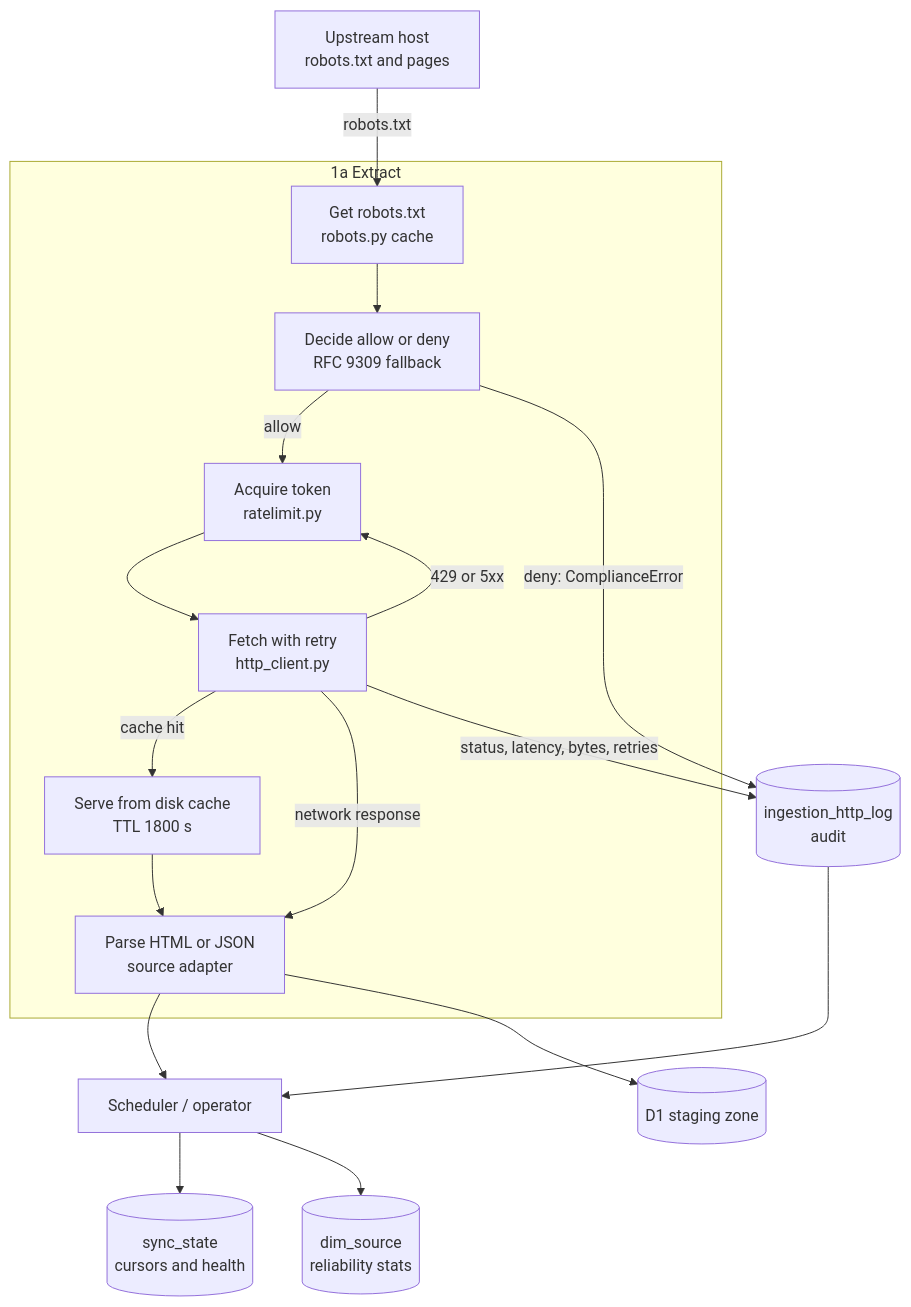
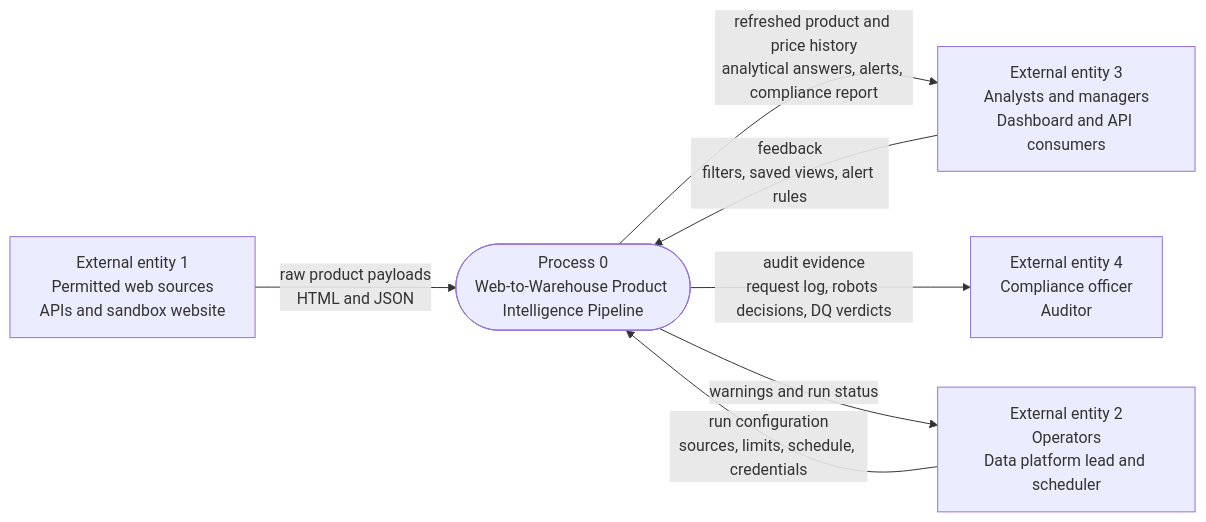
One commit to Ahmedbakr78/Web-to-Warehouse-Product-Intelligence-Pipeline changed the diagram in docs/diagrams/out/docs-10_data_flow_diagrams_34.mmd. Above: the diagram before and after it, drawn with Mermaid. The commit also changed 89 other files, not shown here.

First line of the commit message:
Regenerate diagrams and refresh site metadata

```diff
--- a/docs/diagrams/out/docs-10_data_flow_diagrams_34.mmd
+++ b/docs/diagrams/out/docs-10_data_flow_diagrams_34.mmd
@@ -1,34 +1,15 @@
 
-flowchart TB
-    WEB["Upstream host<br/>robots.txt and pages"]
-    SCH["Scheduler / operator"]
+flowchart LR
+    SRC["External entity 1<br/>Permitted web sources<br/>APIs and sandbox website"]
+    OPS["External entity 2<br/>Operators<br/>Data platform lead and scheduler"]
+    ANA["External entity 3<br/>Analysts and managers<br/>Dashboard and API consumers"]
+    CMP["External entity 4<br/>Compliance officer<br/>Auditor"]
 
-    subgraph P1A["1a Extract"]
-        A1["Get robots.txt<br/>robots.py cache"]
-        A2["Decide allow or deny<br/>RFC 9309 fallback"]
-        A3["Acquire token<br/>ratelimit.py"]
-        A4["Fetch with retry<br/>http_client.py"]
-        A5["Serve from disk cache<br/>TTL 1800 s"]
-        A6["Parse HTML or JSON<br/>source adapter"]
-    end
+    P0(["Process 0<br/>Web-to-Warehouse Product Intelligence Pipeline"])
 
-    AUD[("ingestion_http_log<br/>audit")]
-    SYNC[("sync_state<br/>cursors and health")]
-    DIMS[("dim_source<br/>reliability stats")]
-    RAW[("D1 staging zone")]
-
-    WEB -->|"robots.txt"| A1
-    A1 --> A2
-    A2 -->|"allow"| A3
-    A3 --> A4
-    A4 -->|"cache hit"| A5
-    A5 --> A6
-    A4 -->|"network response"| A6
-    A2 -->|"deny: ComplianceError"| AUD
-    A4 -->|"status, latency, bytes, retries"| AUD
-    A4 -->|"429 or 5xx"| A3
-    A6 --> SCH
-    A6 --> RAW
-    SCH --> SYNC
-    SCH --> DIMS
-    AUD --> SCH
+    SRC -->|"raw product payloads<br/>HTML and JSON"| P0
+    OPS -->|"run configuration<br/>sources, limits, schedule, credentials"| P0
+    P0 -->|"refreshed product and price history<br/>analytical answers, alerts, compliance report"| ANA
+    P0 -->|"audit evidence<br/>request log, robots decisions, DQ verdicts"| CMP
+    ANA -->|"feedback<br/>filters, saved views, alert rules"| P0
+    P0 -->|"warnings and run status"| OPS
```
